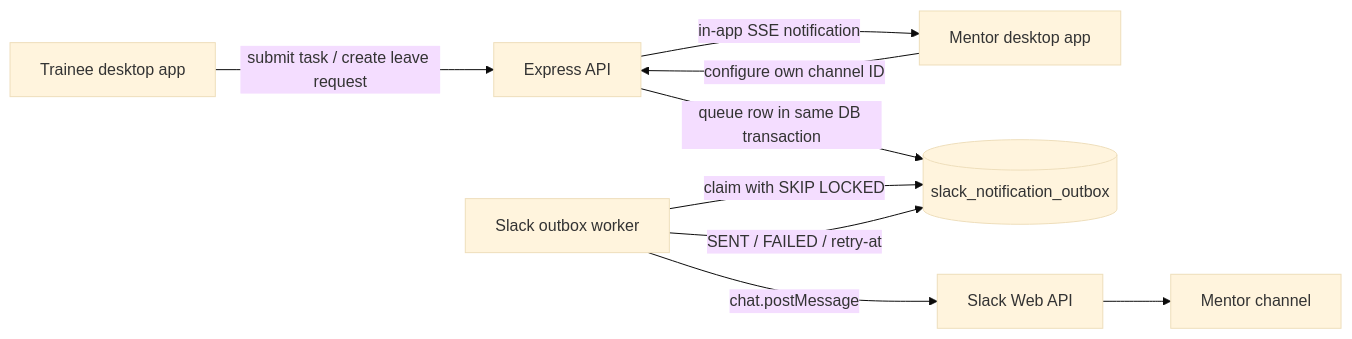
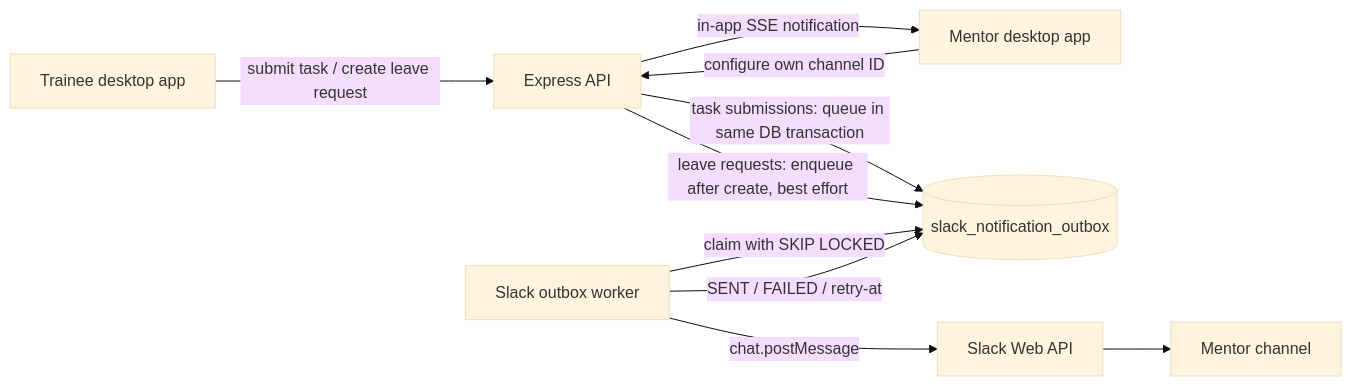
The diagram in docs/desktop/slack.md (anjal-vonnue/vinkup-electron), drawn with Mermaid (base theme) before and after one commit. The commit also changed other lines of this file, not shown here.

Commit message:
docs(slack): correct queueing, retries and notification endpoints

````diff
--- a/docs/desktop/slack.md
+++ b/docs/desktop/slack.md
@@ -15,11 +15,12 @@
 ```mermaid
 flowchart LR
   Trainee[Trainee desktop app] -->|submit task / create leave request| API[Express API]
   Mentor[Mentor desktop app] -->|configure own channel ID| API
-  API -->|queue row in same DB transaction| Outbox[(slack_notification_outbox)]
+  API -->|task submissions: queue in same DB transaction| Outbox[(slack_notification_outbox)]
+  API -->|leave requests: enqueue after create, best effort| Outbox
   API -->|in-app SSE notification| Mentor
   Worker[Slack outbox worker] -->|claim with SKIP LOCKED| Outbox
   Worker -->|chat.postMessage| Slack[Slack Web API]
   Worker -->|SENT / FAILED / retry-at| Outbox
   Slack --> Channel[Mentor channel]
 ```
````
